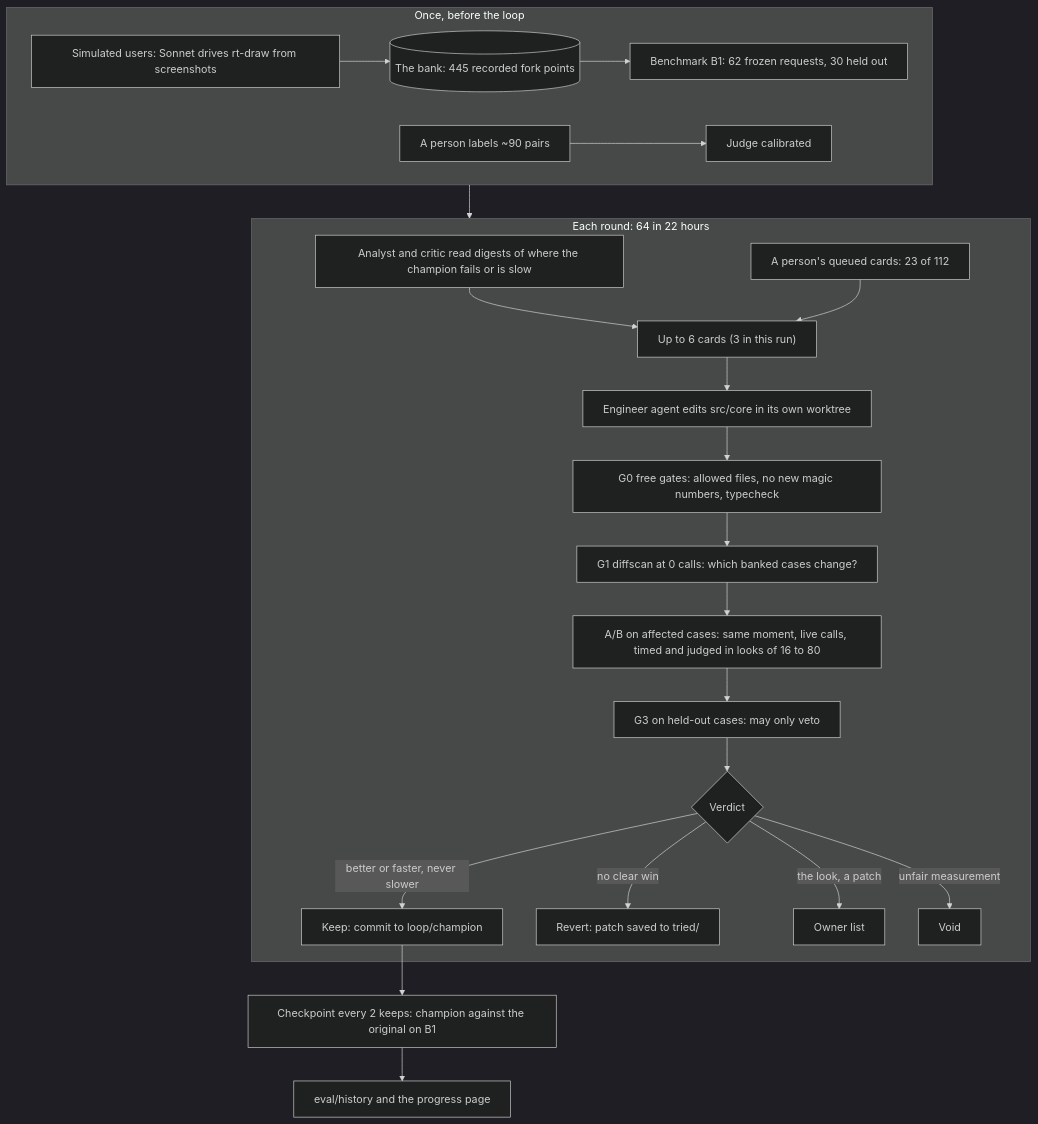
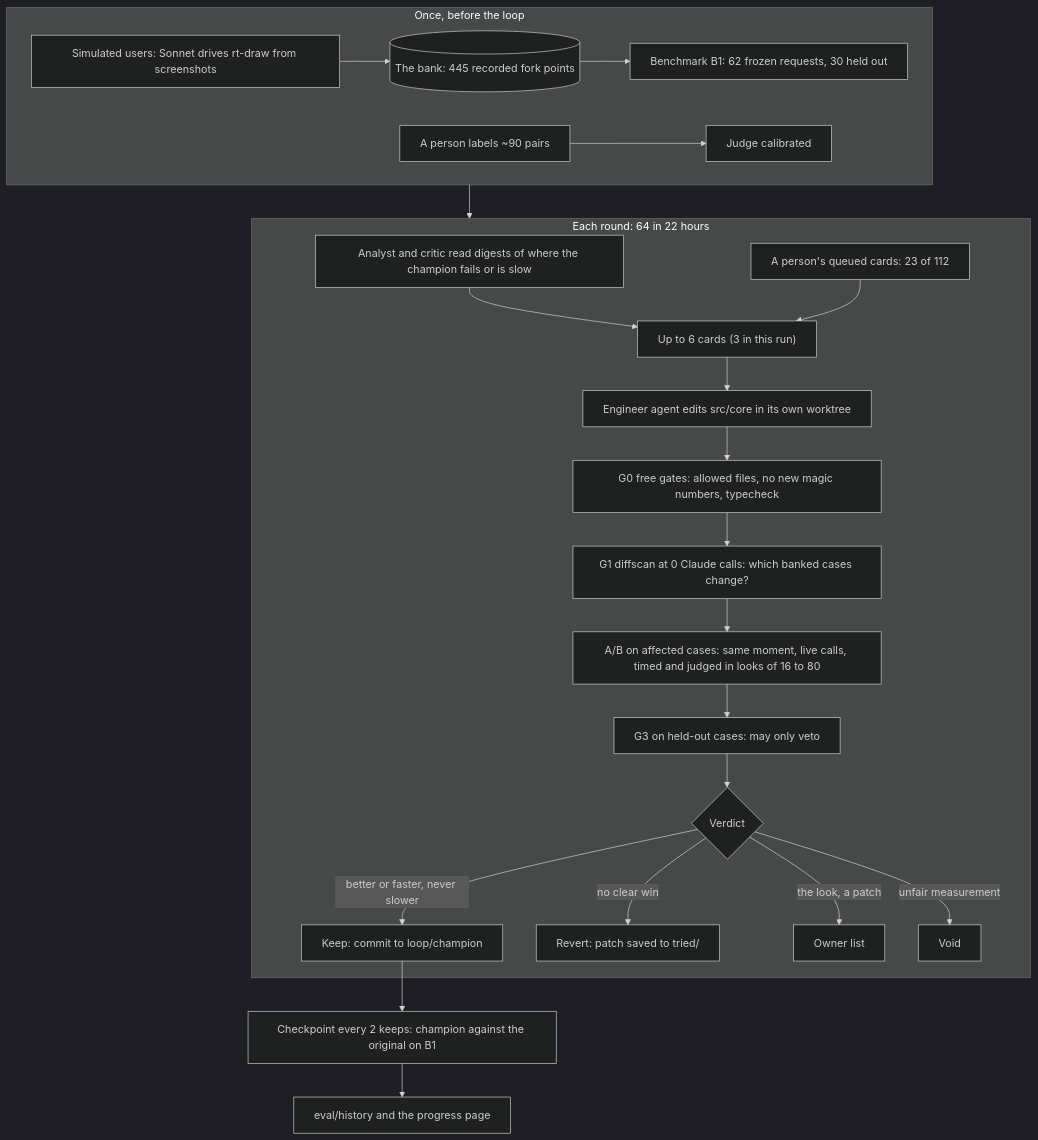
The diagram in evals/README.md (OmarSalimMoussa/rt-draw-v2), drawn with Mermaid (dark theme) before and after one commit. The commit also changed other lines of this file and 5 other files, not shown here.

````diff
--- a/evals/README.md
+++ b/evals/README.md
@@ -139,26 +139,26 @@
 ```mermaid
 %%{init: {"flowchart": {"wrappingWidth": 400}}}%%
 flowchart TD
   subgraph setup["Once, before the loop"]
     direction LR
     DR["Simulated users: Sonnet drives rt-draw from screenshots"] --> BANK[("The bank: 445 recorded fork points")] --> B1["Benchmark B1: 62 frozen requests, 30 held out"]
     LAB["A person labels ~90 pairs"] --> CAL["Judge calibrated"]
   end
   subgraph rounds["Each round: 64 in 22 hours"]
     AN["Analyst and critic read digests of where the champion fails or is slow"] --> CARDS["Up to 6 cards (3 in this run)"]
     PQ["A person's queued cards: 23 of 112"] --> CARDS
     CARDS --> ENG["Engineer agent edits src/core in its own worktree"]
     ENG --> G0["G0 free gates: allowed files, no new magic numbers, typecheck"]
-    G0 --> G1["G1 diffscan at 0 calls: which banked cases change?"]
+    G0 --> G1["G1 diffscan at 0 Claude calls: which banked cases change?"]
     G1 --> AB["A/B on affected cases: same moment, live calls, timed and judged in looks of 16 to 80"]
     AB --> G3["G3 on held-out cases: may only veto"]
     G3 --> V{"Verdict"}
     V -->|"better or faster, never slower"| KEEP["Keep: commit to loop/champion"]
     V -->|"no clear win"| REV["Revert: patch saved to tried/"]
     V -->|"the look, a patch"| OWN["Owner list"]
     V -->|"unfair measurement"| VOID["Void"]
   end
   setup --> rounds
   KEEP --> CK["Checkpoint every 2 keeps: champion against the original on B1"]
   CK --> PG["eval/history and the progress page"]
 ```
````
